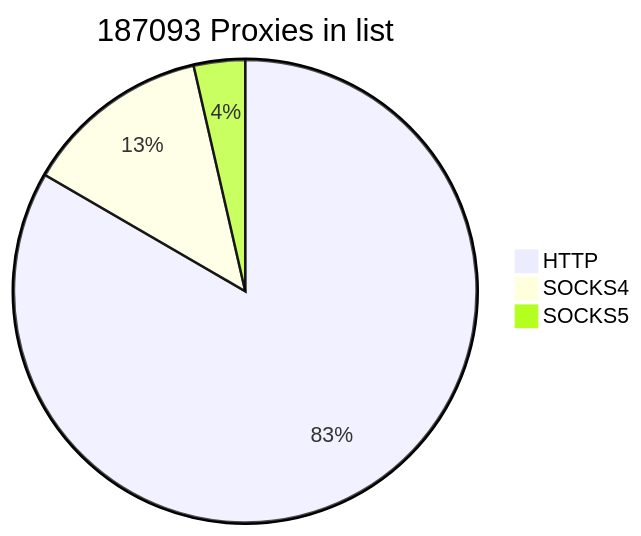
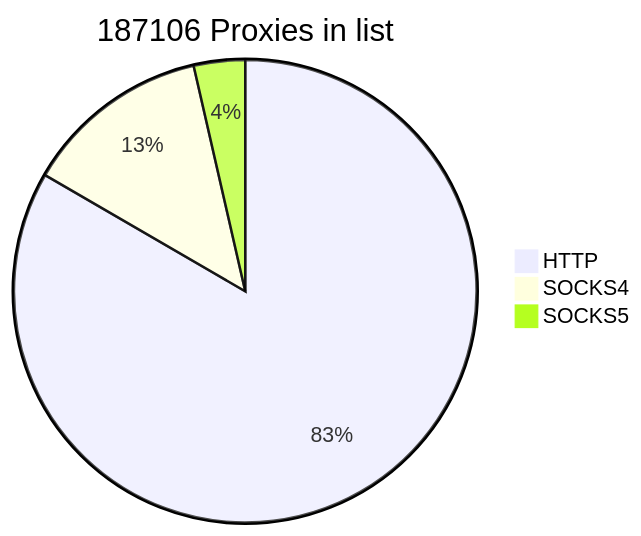
One commit to cutipu/proxylist changed the first of 2 diagrams in README.md. Above: the diagram before and after it, drawn with Mermaid. The commit also changed other lines of this file, not shown here.

````diff
--- a/README.md
+++ b/README.md
@@ -2,7 +2,7 @@
 ```mermaid
-pie title 187093 Proxies in list
-    "HTTP" : 155988
-    "SOCKS4" : 24401
+pie title 187106 Proxies in list
+    "HTTP" : 155986
+    "SOCKS4" : 24416
     "SOCKS5" : 6704
             
 ```
````
